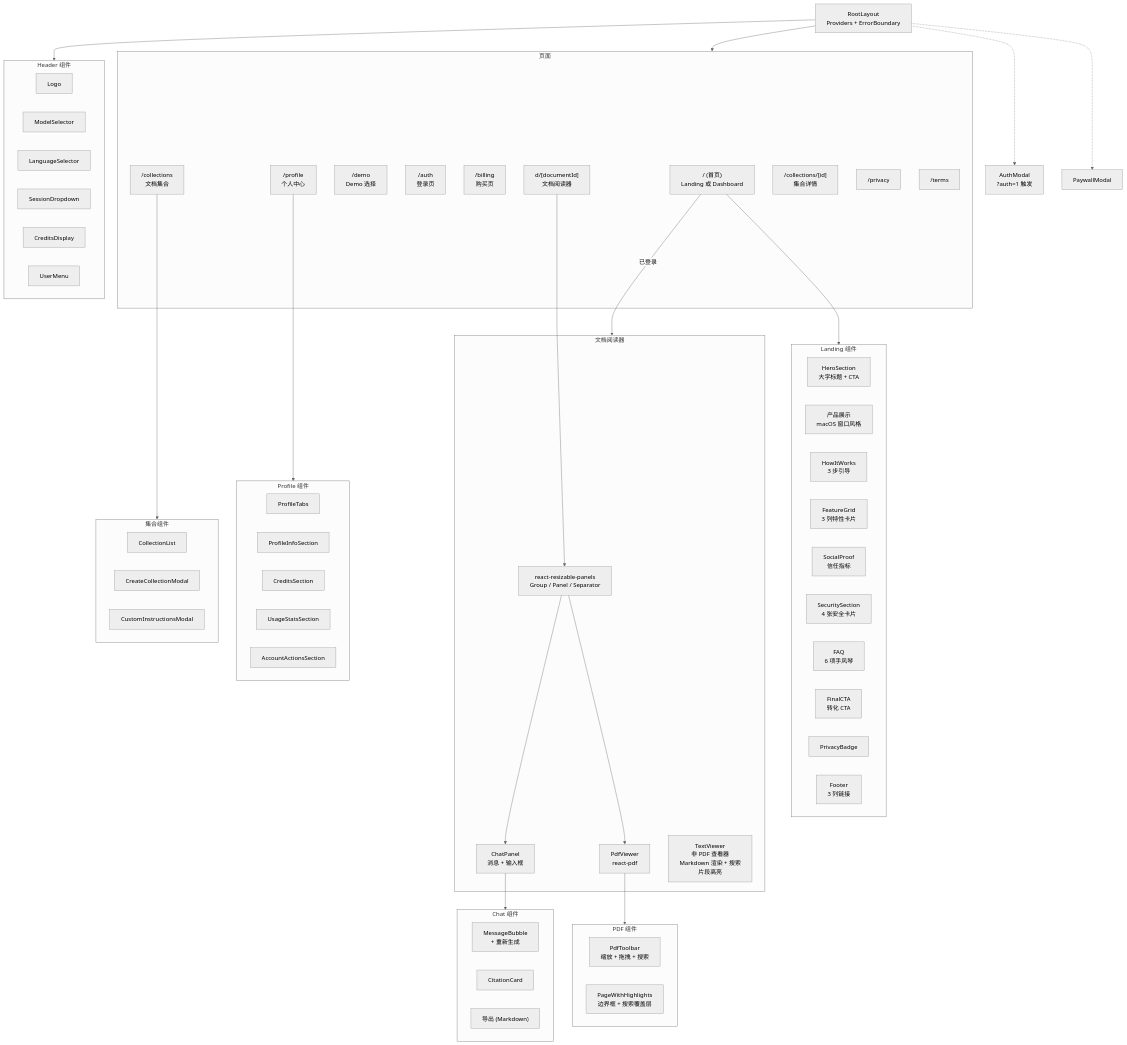
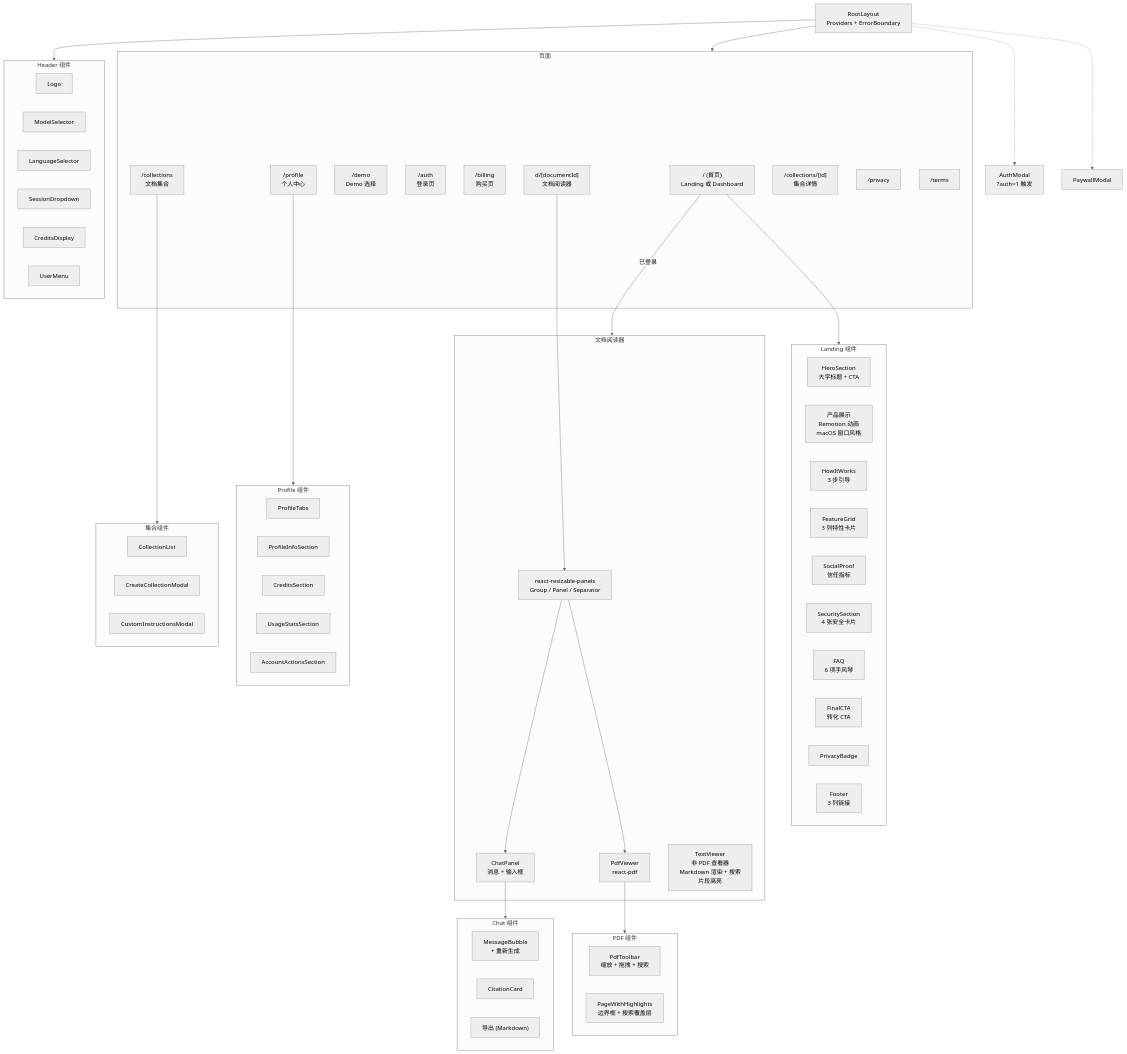
One commit to Rswcf/DocTalk changed the seventh of 8 diagrams in docs/ARCHITECTURE.zh.md. Above: the diagram before and after it, drawn with Mermaid (neutral theme). The commit also changed other lines of this file and 4 other files, not shown here.

First line of the commit message:
docs: update for animated Remotion product showcase

```diff
--- a/docs/ARCHITECTURE.zh.md
+++ b/docs/ARCHITECTURE.zh.md
@@ -513,7 +513,7 @@
 
     subgraph LandingComp["Landing 组件"]
         Hero["HeroSection<br/>大字标题 + CTA"]
-        Showcase["产品展示<br/>macOS 窗口风格"]
+        Showcase["产品展示<br/>Remotion 动画<br/>macOS 窗口风格"]
         HowItWorks["HowItWorks<br/>3 步引导"]
         Features["FeatureGrid<br/>3 列特性卡片"]
         SocialProof["SocialProof<br/>信任指标"]
```
